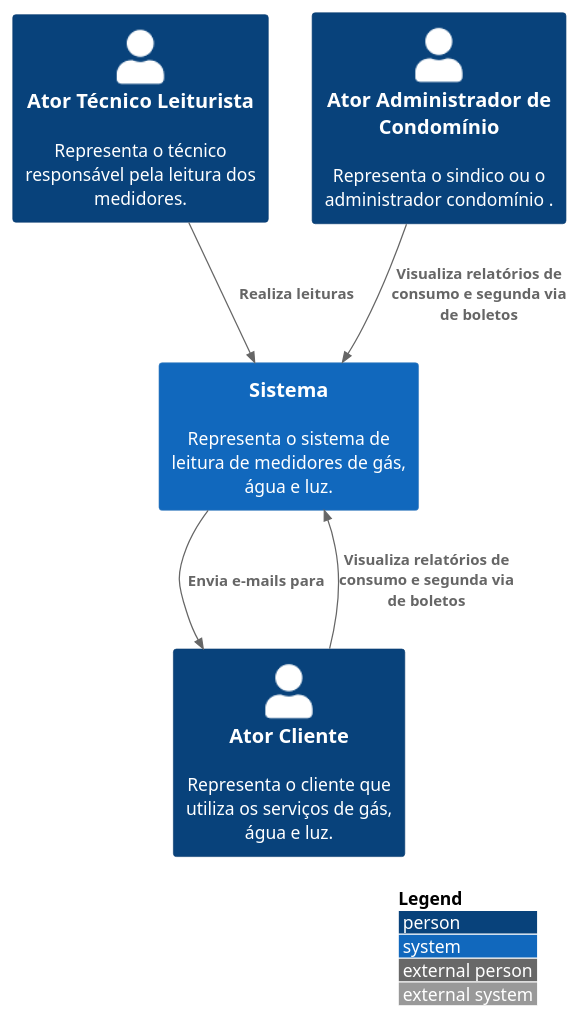
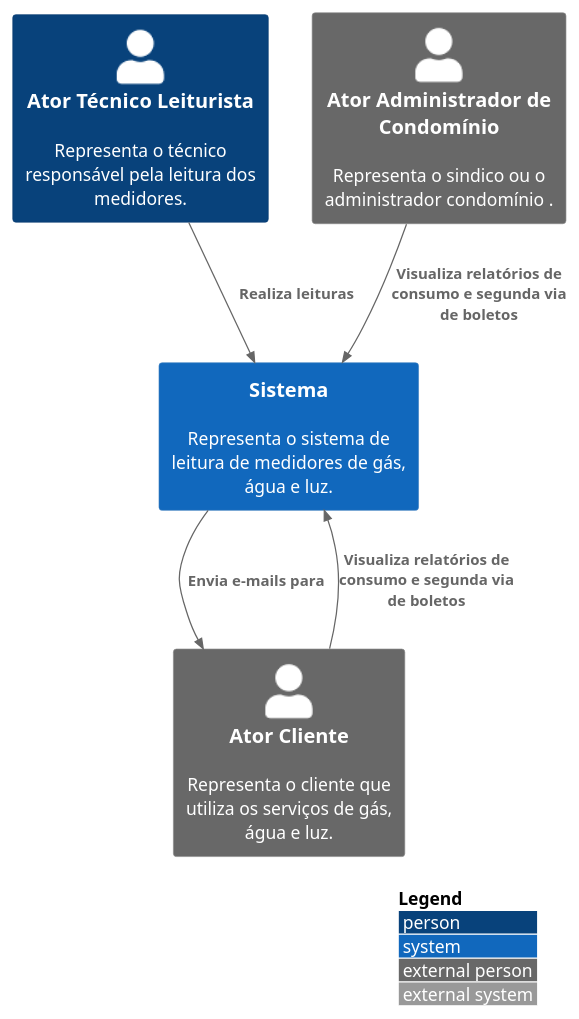
One commit to rafaellima-coder/arquitetura changed the diagram in src/Aplicativo de leitura/contexto.puml. Above: the diagram before and after it, drawn with PlantUML. The commit also changed 10 other files, not shown here.

```diff
--- a/src/Aplicativo de leitura/contexto.puml
+++ b/src/Aplicativo de leitura/contexto.puml
@@ -1,16 +1,16 @@
 @startuml
 !include https://raw.githubusercontent.com/adrianvlupu/C4-PlantUML/latest/C4_Context.puml
 
 LAYOUT_WITH_LEGEND()
 
 Person(Ator_Tecnico_Leiturista, "Ator Técnico Leiturista", "Representa o técnico responsável pela leitura dos medidores.")
-Person(Ator_Cliente, "Ator Cliente", "Representa o cliente que utiliza os serviços de gás, água e luz.")
-Person(Ator__Administrador_Condominio, "Ator Administrador de Condomínio", "Representa o sindico ou o administrador condomínio .")
+Person_Ext(Ator_Cliente, "Ator Cliente", "Representa o cliente que utiliza os serviços de gás, água e luz.")
+Person_Ext(Ator__Administrador_Condominio, "Ator Administrador de Condomínio", "Representa o sindico ou o administrador condomínio .")
 System(Sistema, "Sistema", "Representa o sistema de leitura de medidores de gás, água e luz.")
 
 Rel(Ator_Tecnico_Leiturista, Sistema, "Realiza leituras")
 Rel(Ator_Cliente, Sistema, "Visualiza relatórios de consumo e segunda via de boletos")
 Rel(Ator__Administrador_Condominio, Sistema, "Visualiza relatórios de consumo e segunda via de boletos")
 Rel(Sistema,Ator_Cliente, "Envia e-mails para")
 
 @enduml
```
